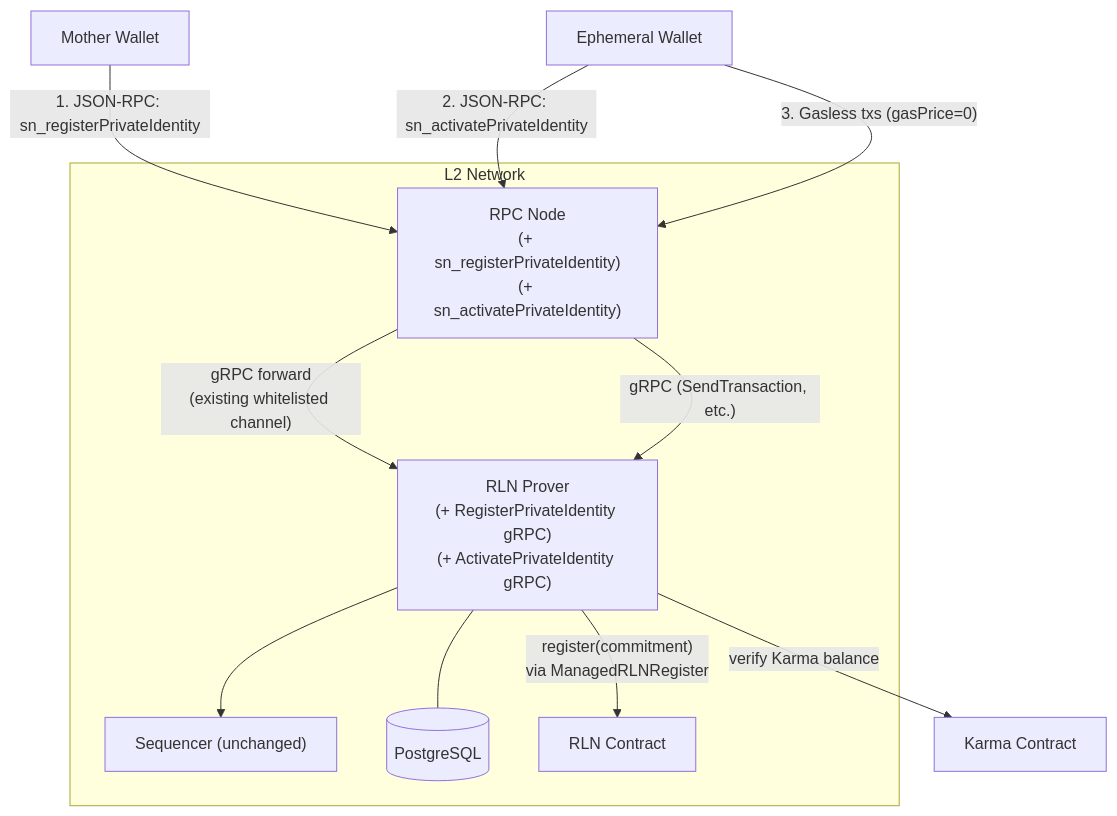
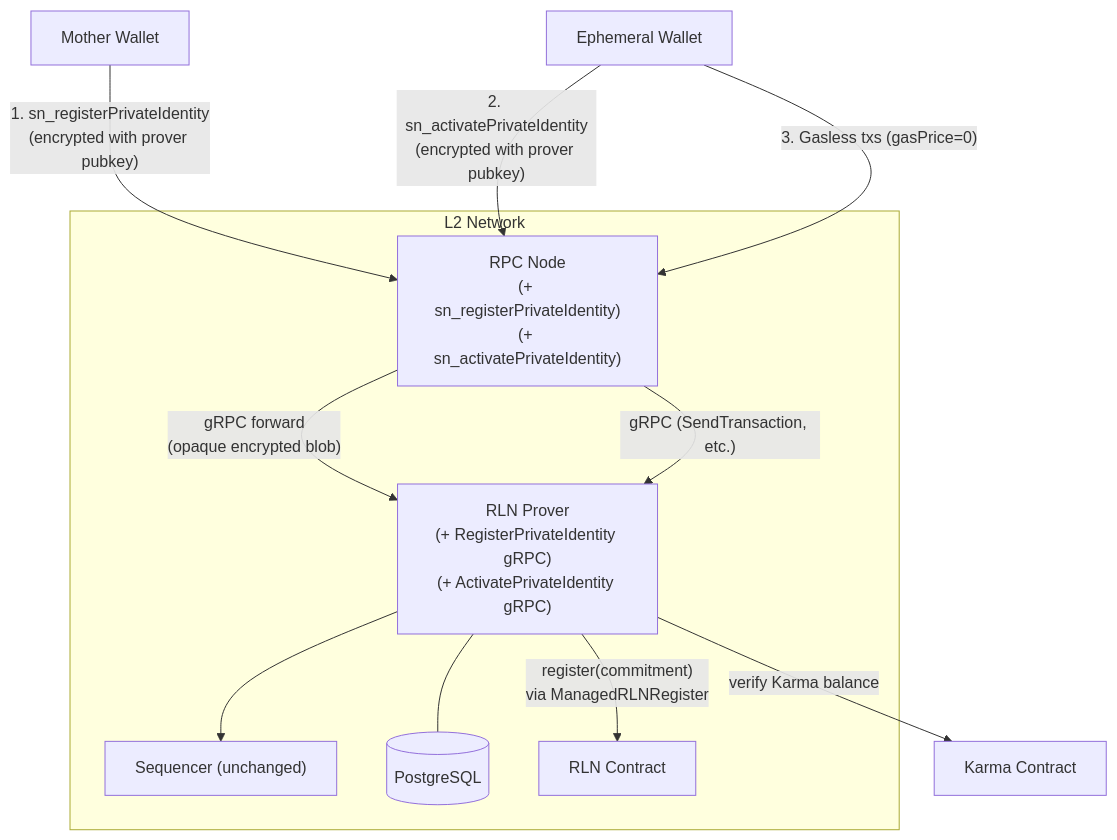
Before and after one commit to status-im/status-network-monorepo: the first of 2 diagrams in docs/private-gasless-transactions-prd.md, drawn with Mermaid. The commit also changed other lines of this file, not shown here.

First line of the commit message:
docs: add encrypted payloads for RPC node blindness

````diff
--- a/docs/private-gasless-transactions-prd.md
+++ b/docs/private-gasless-transactions-prd.md
@@ -62,22 +67,22 @@
 ```mermaid
 graph TB
     subgraph L2["L2 Network"]
         RPC["RPC Node<br/>(+ sn_registerPrivateIdentity)<br/>(+ sn_activatePrivateIdentity)"]
         Prover["RLN Prover<br/>(+ RegisterPrivateIdentity gRPC)<br/>(+ ActivatePrivateIdentity gRPC)"]
         Sequencer["Sequencer (unchanged)"]
         PG[("PostgreSQL")]
         RLNC["RLN Contract"]
     end
 
-    Mother["Mother Wallet"] -->|"1. JSON-RPC: sn_registerPrivateIdentity"| RPC
-    RPC -->|"gRPC forward<br/>(existing whitelisted channel)"| Prover
+    Mother["Mother Wallet"] -->|"1. sn_registerPrivateIdentity<br/>(encrypted with prover pubkey)"| RPC
+    RPC -->|"gRPC forward<br/>(opaque encrypted blob)"| Prover
     Prover -->|"verify Karma balance"| Karma["Karma Contract"]
     Prover -->|"register(commitment)<br/>via ManagedRLNRegister"| RLNC
 
-    Ephemeral["Ephemeral Wallet"] -->|"2. JSON-RPC: sn_activatePrivateIdentity"| RPC
+    Ephemeral["Ephemeral Wallet"] -->|"2. sn_activatePrivateIdentity<br/>(encrypted with prover pubkey)"| RPC
     Ephemeral -->|"3. Gasless txs (gasPrice=0)"| RPC
 
     RPC -->|"gRPC (SendTransaction, etc.)"| Prover
     Prover --> Sequencer
     Prover --- PG
 ```
````
